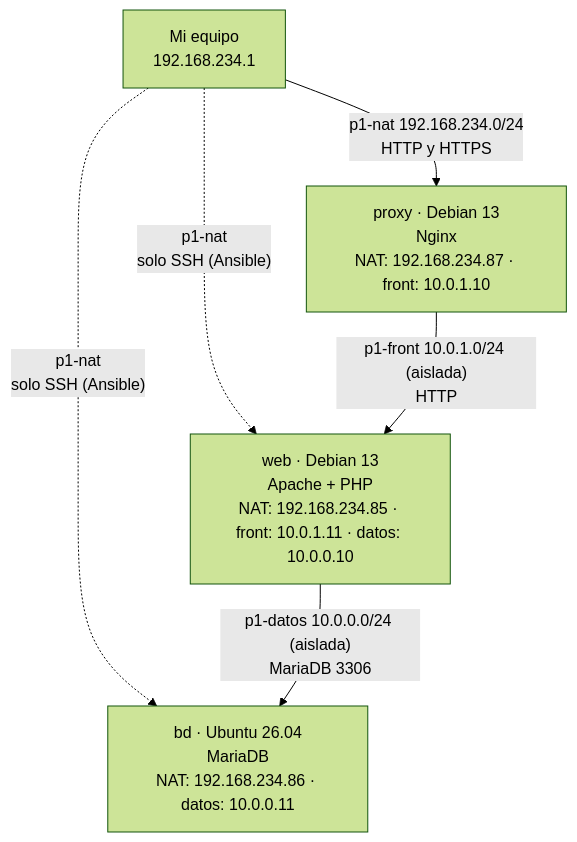
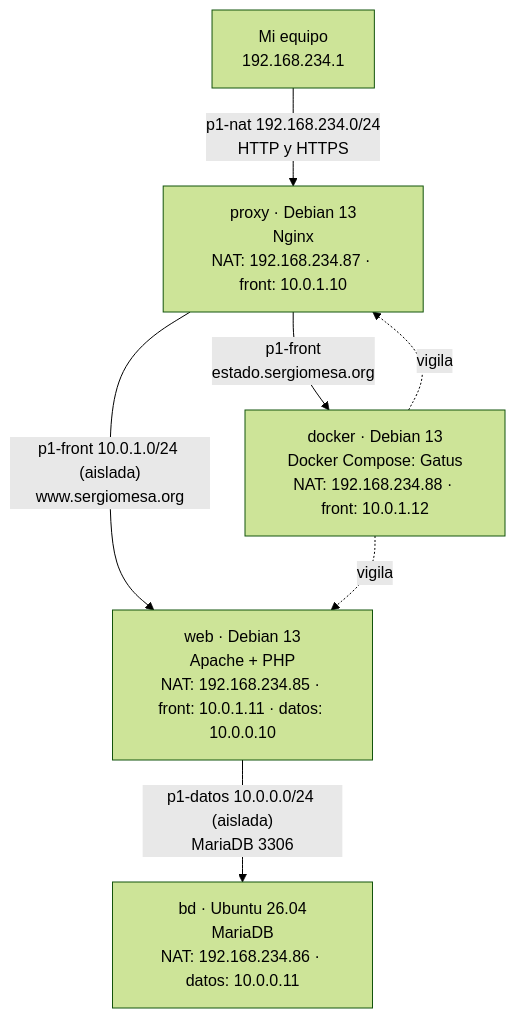
One commit to Sergio852/Practica1-IAC changed the diagram in README.md. Above: the diagram before and after it, drawn with Mermaid (forest theme). The commit also changed other lines of this file, not shown here.

Commit message:
Actualizo el README con la máquina docker, el panel de estado y el nuevo esquema

````diff
--- a/README.md
+++ b/README.md
@@ -9,12 +10,14 @@
 ```mermaid
 flowchart TB
     equipo["Mi equipo<br/>192.168.234.1"]
     proxy["proxy · Debian 13<br/>Nginx<br/>NAT: 192.168.234.87 · front: 10.0.1.10"]
     web["web · Debian 13<br/>Apache + PHP<br/>NAT: 192.168.234.85 · front: 10.0.1.11 · datos: 10.0.0.10"]
+    docker["docker · Debian 13<br/>Docker Compose: Gatus<br/>NAT: 192.168.234.88 · front: 10.0.1.12"]
     bd["bd · Ubuntu 26.04<br/>MariaDB<br/>NAT: 192.168.234.86 · datos: 10.0.0.11"]
     equipo -- "p1-nat 192.168.234.0/24<br/>HTTP y HTTPS" --> proxy
-    equipo -. "p1-nat<br/>solo SSH (Ansible)" .-> web
-    equipo -. "p1-nat<br/>solo SSH (Ansible)" .-> bd
-    proxy -- "p1-front 10.0.1.0/24 (aislada)<br/>HTTP" --> web
+    proxy -- "p1-front 10.0.1.0/24 (aislada)<br/>www.sergiomesa.org" --> web
+    proxy -- "p1-front<br/>estado.sergiomesa.org" --> docker
+    docker -. "vigila" .-> proxy
+    docker -. "vigila" .-> web
     web -- "p1-datos 10.0.0.0/24 (aislada)<br/>MariaDB 3306" --> bd
 ```
````
